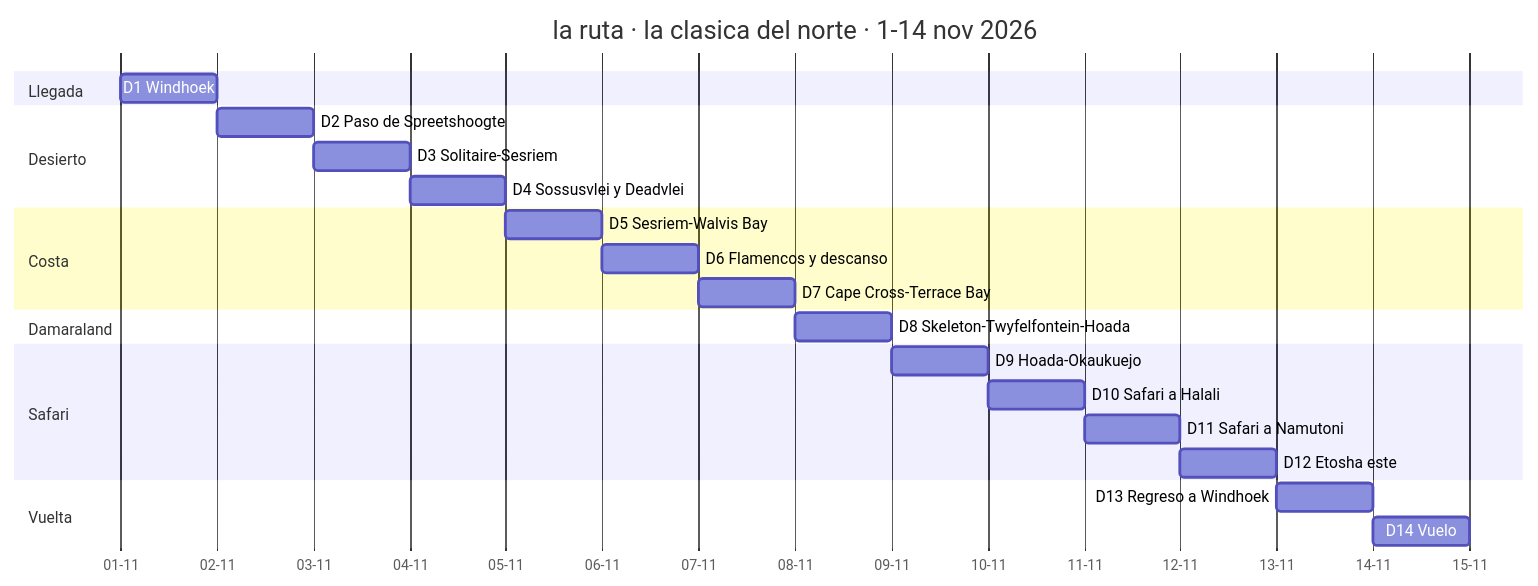
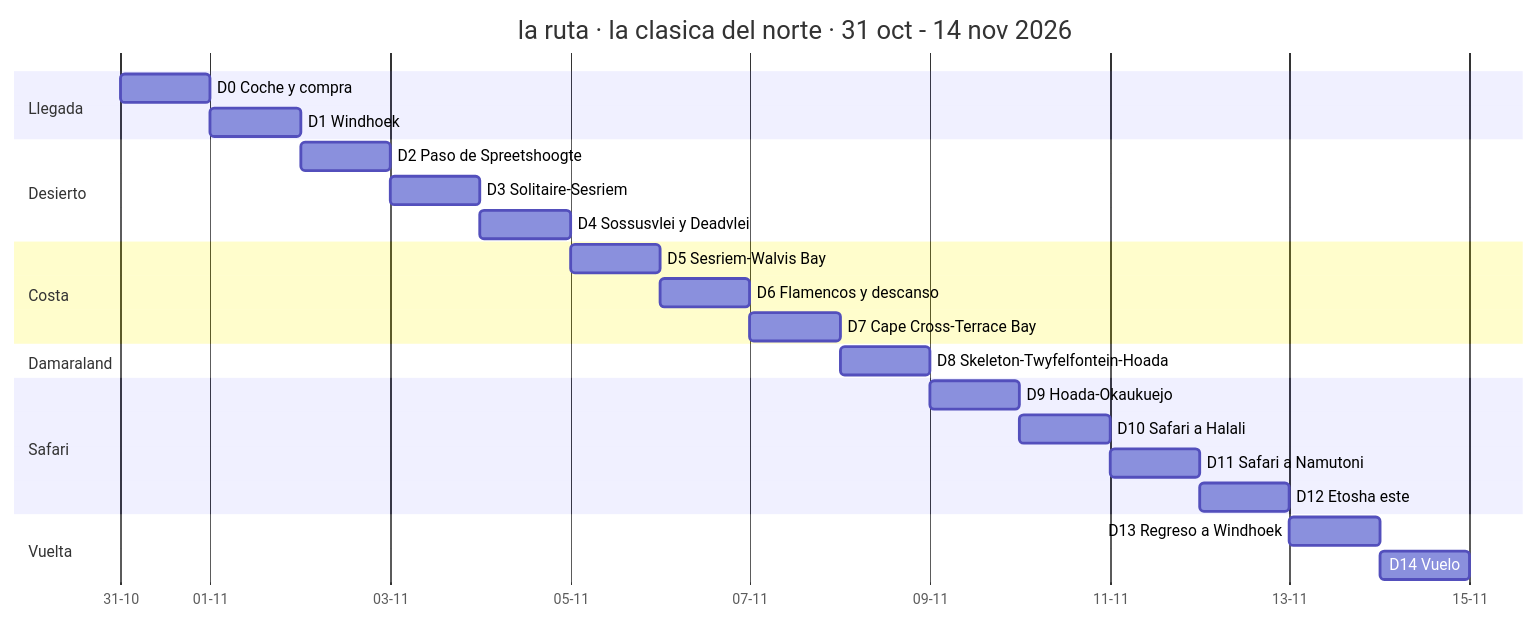
One commit to morandeirachema/namibia changed the diagram in 01-itinerarios-dia-a-dia.md. Above: the diagram before and after it, drawn with Mermaid. The commit also changed other lines of this file and 13 other files, not shown here.

````diff
--- a/01-itinerarios-dia-a-dia.md
+++ b/01-itinerarios-dia-a-dia.md
@@ -54,26 +54,27 @@
 ```mermaid
 gantt
-    title la ruta · la clasica del norte · 1-14 nov 2026
+    title la ruta · la clasica del norte · 31 oct - 14 nov 2026
     dateFormat YYYY-MM-DD
     axisFormat %d-%m
     section Llegada
+    D0 Coche y compra :e0, 2026-10-31, 1d
     D1 Windhoek :e1, 2026-11-01, 1d
     section Desierto
     D2 Paso de Spreetshoogte :e2, after e1, 1d
     D3 Solitaire-Sesriem :e3, after e2, 1d
     D4 Sossusvlei y Deadvlei :e4, after e3, 1d
     section Costa
     D5 Sesriem-Walvis Bay :e5, after e4, 1d
     D6 Flamencos y descanso :e6, after e5, 1d
     D7 Cape Cross-Terrace Bay :e7, after e6, 1d
     section Damaraland
     D8 Skeleton-Twyfelfontein-Hoada :e8, after e7, 1d
     section Safari
     D9 Hoada-Okaukuejo :e9, after e8, 1d
     D10 Safari a Halali :e10, after e9, 1d
     D11 Safari a Namutoni :e11, after e10, 1d
     D12 Etosha este :e12, after e11, 1d
     section Vuelta
     D13 Regreso a Windhoek :e13, after e12, 1d
     D14 Vuelo :e14, after e13, 1d
 ```
````
